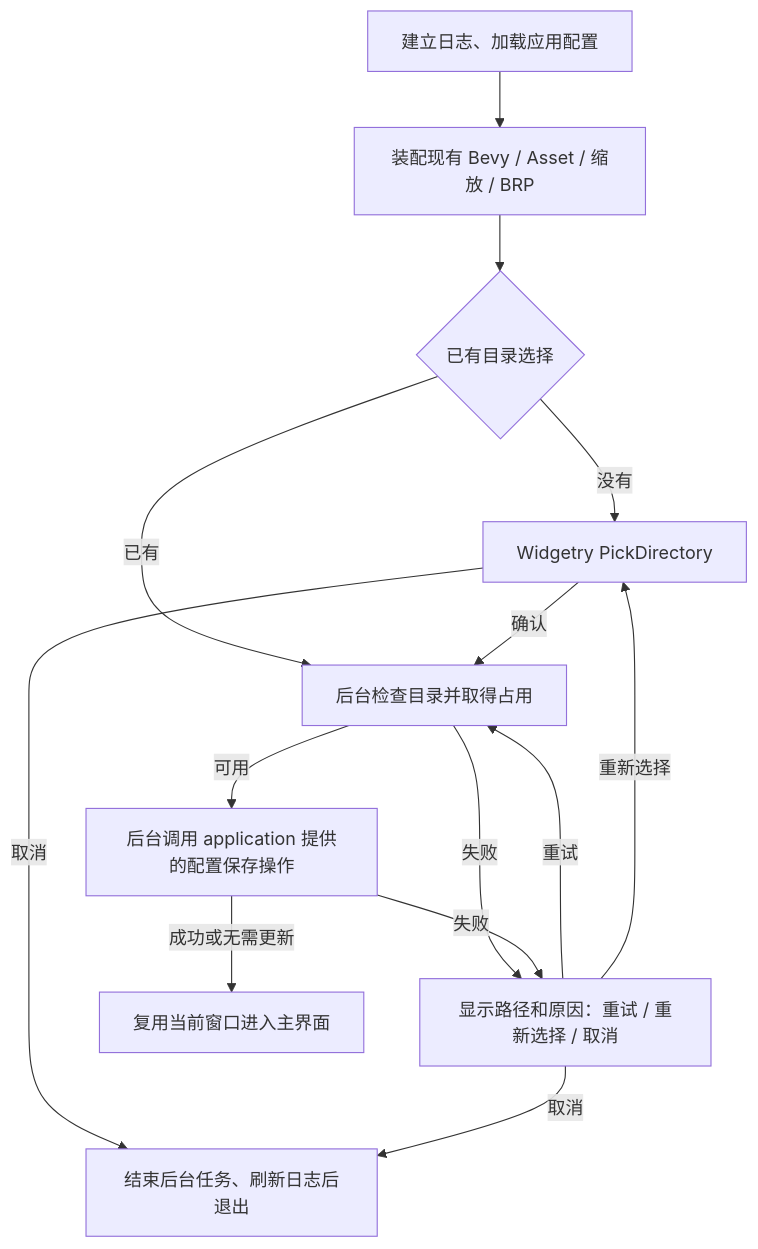
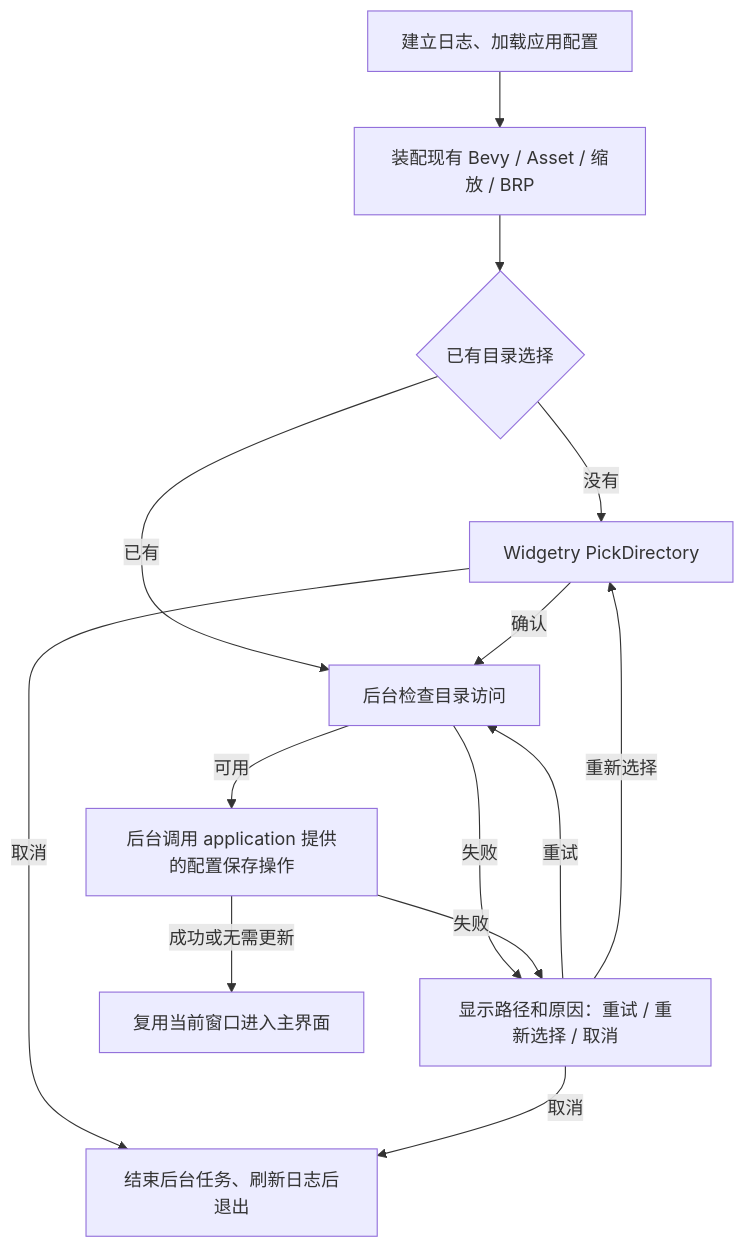
Before and after one commit to slc90/Agentelier: the diagram in docs/design/mechanisms/application-data.md, drawn with Mermaid. The commit also changed other lines of this file and 15 other files, not shown here.

````diff
--- a/docs/design/mechanisms/application-data.md
+++ b/docs/design/mechanisms/application-data.md
@@ -13,16 +13,16 @@
 ```mermaid
 flowchart TD
     Start["建立日志、加载应用配置"] --> Runtime["装配现有 Bevy / Asset / 缩放 / BRP"]
     Runtime --> Saved{"已有目录选择"}
     Saved -->|没有| Pick["Widgetry PickDirectory"]
-    Saved -->|已有| Check["后台检查目录并取得占用"]
+    Saved -->|已有| Check["后台检查目录访问"]
     Pick -->|确认| Check
     Pick -->|取消| Exit["结束后台任务、刷新日志后退出"]
     Check -->|失败| Resolve["显示路径和原因：重试 / 重新选择 / 取消"]
     Resolve -->|重试| Check
     Resolve -->|重新选择| Pick
     Resolve -->|取消| Exit
     Check -->|可用| Save["后台调用 application 提供的配置保存操作"]
     Save -->|成功或无需更新| Main["复用当前窗口进入主界面"]
     Save -->|失败| Resolve
 ```
````
